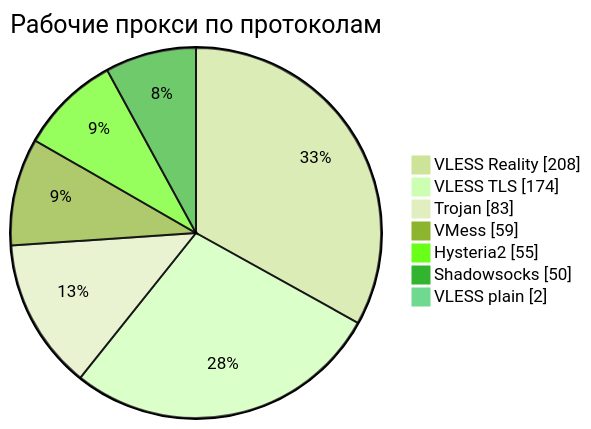
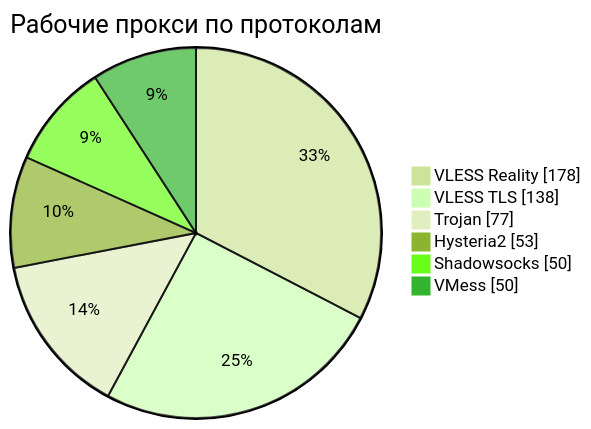
Before and after one commit to rvvg/proxy-subs: the third of 4 diagrams in README.md, drawn with Mermaid (forest theme). The commit also changed other lines of this file and 42 other files, not shown here.

````diff
--- a/README.md
+++ b/README.md
@@ -129,11 +131,10 @@
 ```mermaid
 pie showData
     title Рабочие прокси по протоколам
-    "VLESS Reality" : 208
-    "VLESS TLS" : 174
-    "Trojan" : 83
-    "VMess" : 59
-    "Hysteria2" : 55
+    "VLESS Reality" : 178
+    "VLESS TLS" : 138
+    "Trojan" : 77
+    "Hysteria2" : 53
     "Shadowsocks" : 50
-    "VLESS plain" : 2
+    "VMess" : 50
 ```
````
